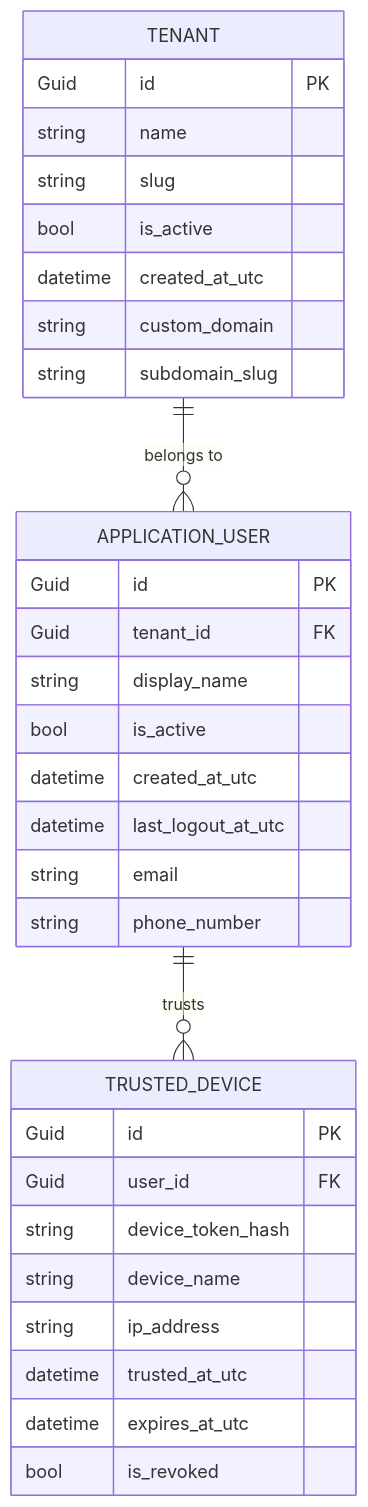
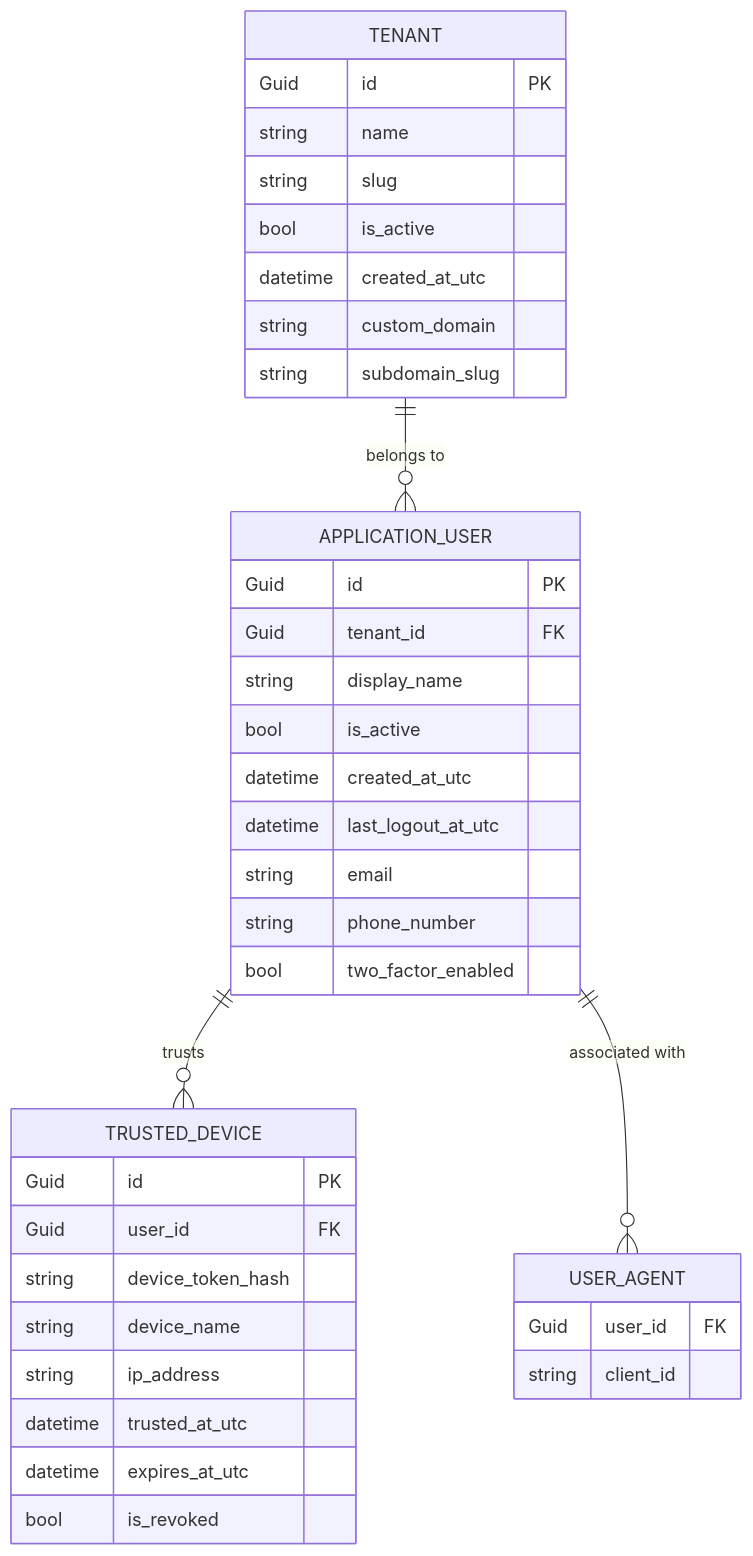
Before and after one commit to questflag/qf-apps: the first of 2 diagrams in docs/er.md, drawn with Mermaid. The commit also changed other lines of this file and 9 other files, not shown here.

````diff
--- a/docs/er.md
+++ b/docs/er.md
@@ -9,37 +9,44 @@
 ```mermaid
 erDiagram
     TENANT ||--o{ APPLICATION_USER : "belongs to"
     APPLICATION_USER ||--o{ TRUSTED_DEVICE : "trusts"
+    APPLICATION_USER ||--o{ USER_AGENT : "associated with"
 
     TENANT {
         Guid id PK
         string name
         string slug
         bool is_active
         datetime created_at_utc
         string custom_domain
         string subdomain_slug
     }
 
     APPLICATION_USER {
         Guid id PK
         Guid tenant_id FK
         string display_name
         bool is_active
         datetime created_at_utc
         datetime last_logout_at_utc
         string email
         string phone_number
+        bool two_factor_enabled
     }
 
     TRUSTED_DEVICE {
         Guid id PK
         Guid user_id FK
         string device_token_hash
         string device_name
         string ip_address
         datetime trusted_at_utc
         datetime expires_at_utc
         bool is_revoked
     }
+
+    USER_AGENT {
+        Guid user_id FK
+        string client_id
+    }
 ```
````
